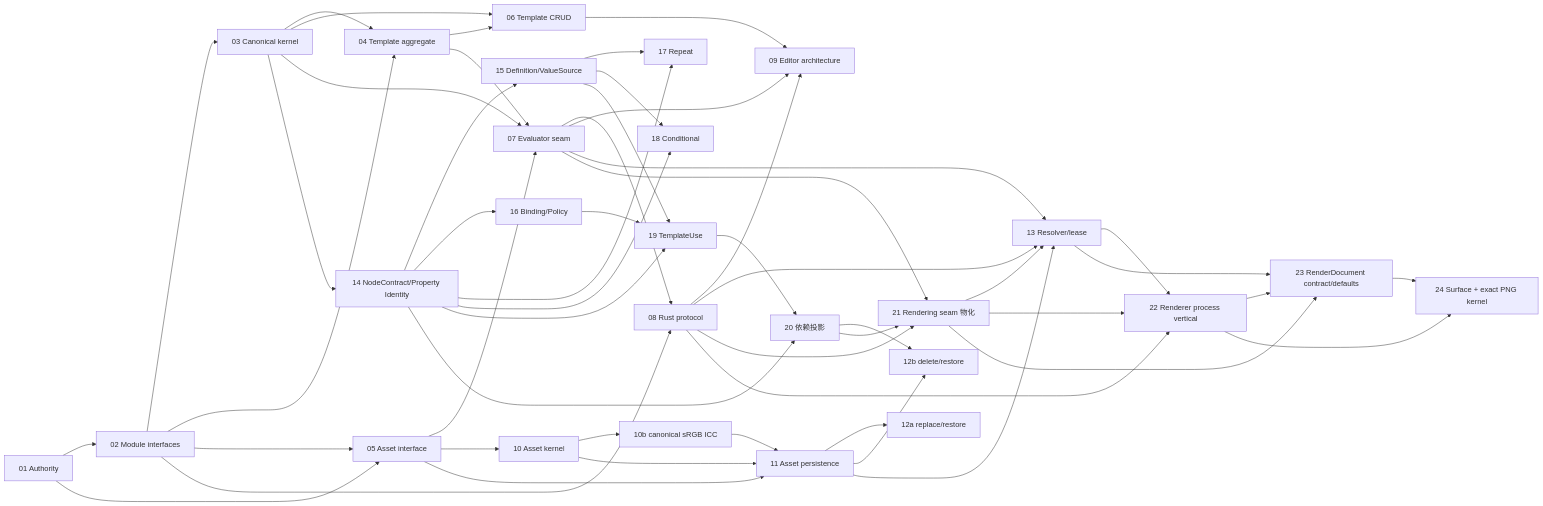
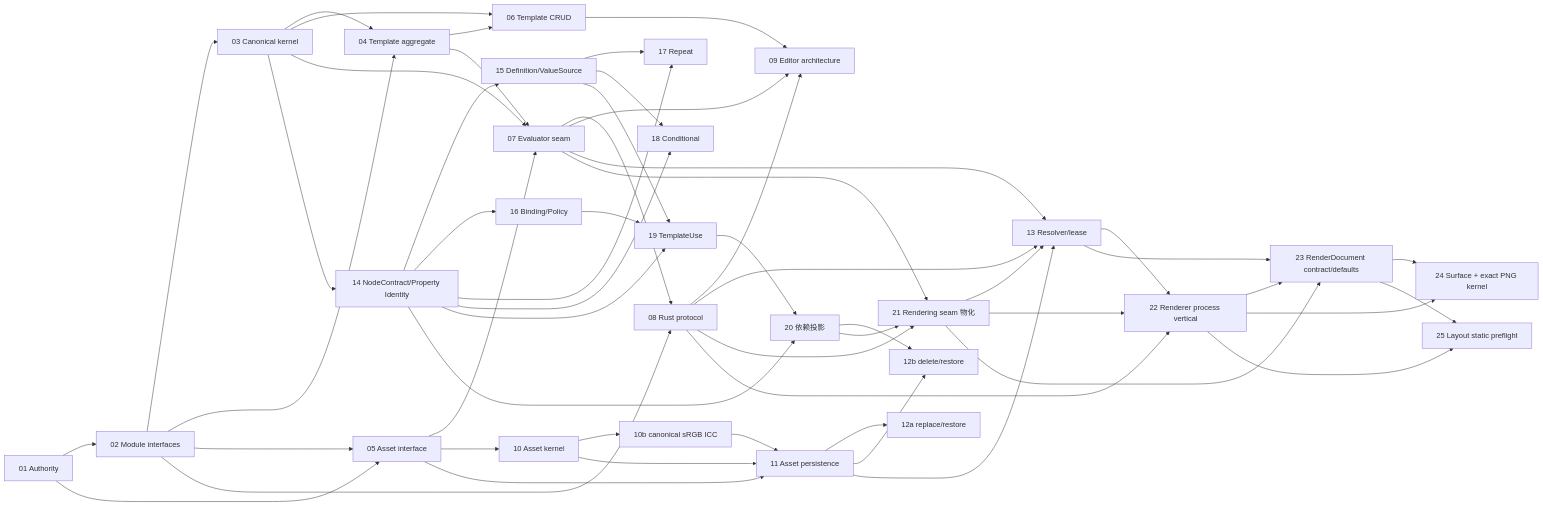
The diagram in plans/renderweave-template-v1-plan.md (yiwer/RenderWeave), drawn with Mermaid before and after one commit. The commit also changed other lines of this file and 16 other files, not shown here.

Commit message:
feat(renderer): add static layout preflight

````diff
--- a/plans/renderweave-template-v1-plan.md
+++ b/plans/renderweave-template-v1-plan.md
@@ -71,54 +74,56 @@
 ```mermaid
 flowchart LR
   T01[01 Authority] --> T02[02 Module interfaces]
   T01 --> T05[05 Asset interface]
   T02 --> T03[03 Canonical kernel]
   T02 --> T04[04 Template aggregate]
   T02 --> T05
   T03 --> T04
   T03 --> T06[06 Template CRUD]
   T04 --> T06
   T03 --> T07[07 Evaluator seam]
   T04 --> T07
   T05 --> T07
   T02 --> T08[08 Rust protocol]
   T07 --> T08
   T06 --> T09[09 Editor architecture]
   T07 --> T09
   T08 --> T09
   T05 --> T10[10 Asset kernel]
   T05 --> T11[11 Asset persistence]
   T10 --> T10b[10b canonical sRGB ICC]
   T10 --> T11
   T10b --> T11
   T11 --> T12a[12a replace/restore]
   T11 --> T12b[12b delete/restore]
   T11 --> T13[13 Resolver/lease]
   T07 --> T13
   T08 --> T13
   T03 --> T14[14 NodeContract/Property Identity]
   T14 --> T15[15 Definition/ValueSource]
   T14 --> T16[16 Binding/Policy]
   T14 --> T17[17 Repeat]
   T14 --> T18[18 Conditional]
   T15 --> T17
   T15 --> T18
   T14 --> T19[19 TemplateUse]
   T15 --> T19
   T16 --> T19
   T14 --> T20[20 依赖投影]
   T19 --> T20
   T20 --> T12b
   T07 --> T21[21 Rendering seam 物化]
   T08 --> T21
   T20 --> T21
   T21 --> T13
   T08 --> T22[22 Renderer process vertical]
   T13 --> T22
   T21 --> T22
   T13 --> T23[23 RenderDocument contract/defaults]
   T21 --> T23
   T22 --> T23
   T22 --> T24[24 Surface + exact PNG kernel]
   T23 --> T24
+  T22 --> T25[25 Layout static preflight]
+  T23 --> T25
 ```
````
